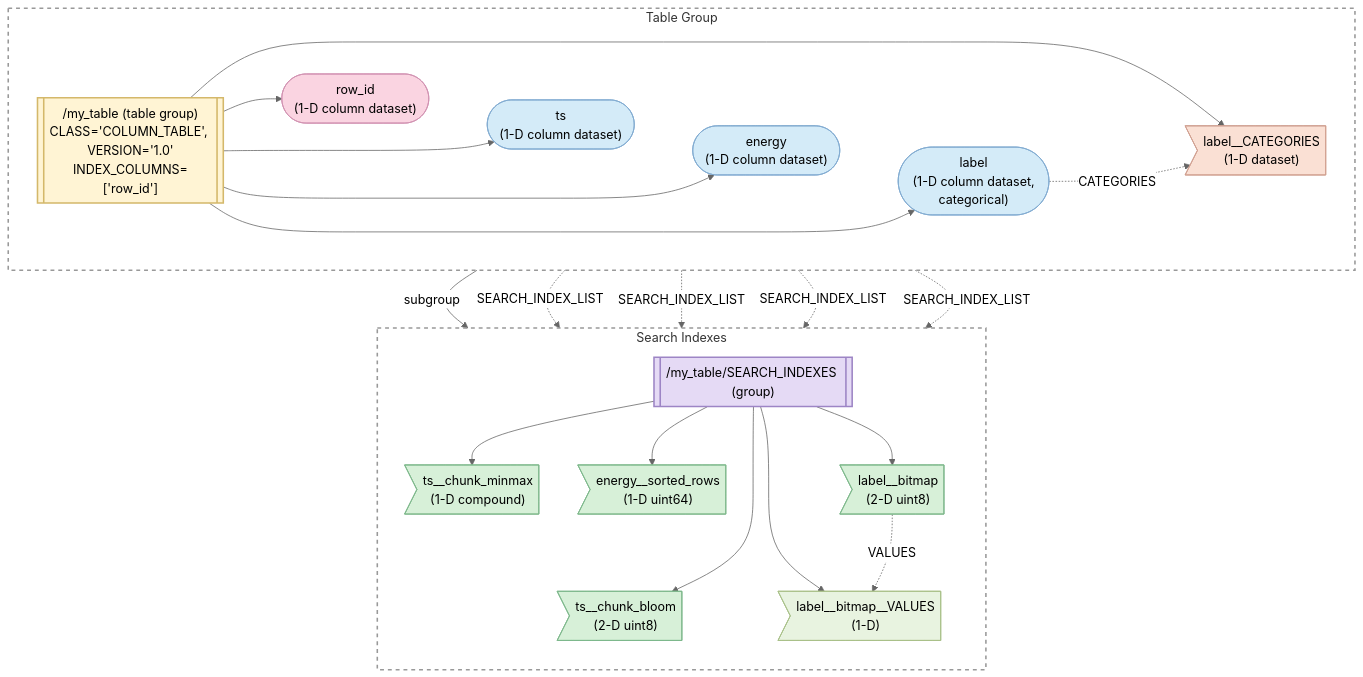
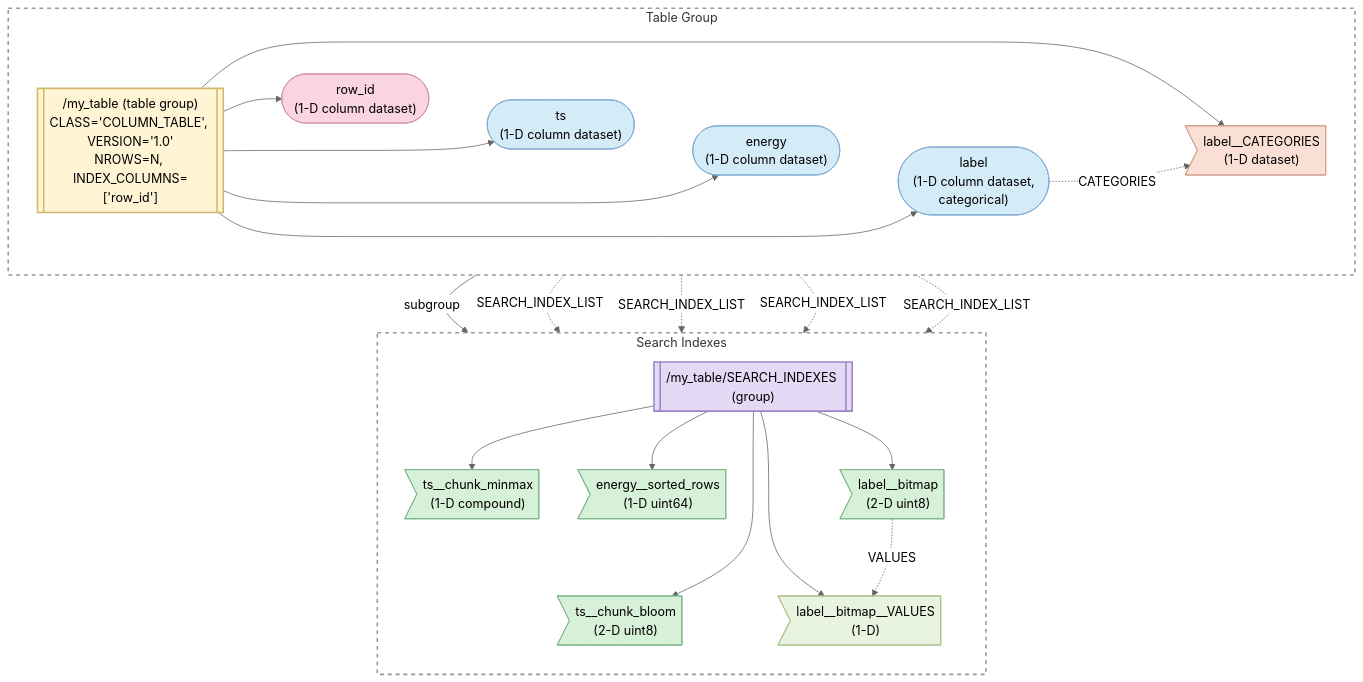
The second of 7 diagrams in HEP001/index.md (HDFAlliance/heps), drawn with Mermaid (neutral theme) before and after one commit. The commit also changed other lines of this file, not shown here.

Commit message:
NROWS table attribute

````diff
--- a/HEP001/index.md
+++ b/HEP001/index.md
@@ -251,71 +261,71 @@
 ```{mermaid}
 flowchart TD
   subgraph Table_Group [Table Group]
     direction LR
-    TG[["/my_table (table group)<br/>CLASS='COLUMN_TABLE', VERSION='1.0'<br/>INDEX_COLUMNS=['row_id']"]]
+    TG[["/my_table (table group)<br/>CLASS='COLUMN_TABLE', VERSION='1.0'<br/>NROWS=N, INDEX_COLUMNS=['row_id']"]]
 
     %% By connecting TG to these in order, and them to each other invisibly,
     %% we force a more structured layout.
     c0(["row_id<br/>(1-D column dataset)"])
     c1(["ts<br>(1-D column dataset)"])
     c2(["energy<br>(1-D column dataset)"])
     c3(["label<br>(1-D column dataset,<br/>categorical)"])
     c4>"label__CATEGORIES<br>(1-D dataset)"]
 
     c0 ~~~ c1 ~~~ c2 ~~~ c3
   end
 
   subgraph Search_Indexes [Search Indexes]
     direction TB
     SI[["/my_table/SEARCH_INDEXES (group)"]]
     mm>"ts__chunk_minmax<br>(1-D compound)"]
     bf>"ts__chunk_bloom<br>(2-D uint8)"]
     sr>"energy__sorted_rows<br>(1-D uint64)"]
     bm>"label__bitmap<br>(2-D uint8)"]
     bv>"label__bitmap__VALUES<br>(1-D)"]
 
     %% Forcing mm and bf to sit side-by-side under SI
     mm ~~~ bf
   end
 
   %% Solid Line Connections
   TG --> c0
   TG --> c1
   TG --> c2
   TG --> c3
   TG --> c4
   TG -->|"subgroup"| SI
 
   SI --> mm
   SI --> bf
   SI --> sr
   SI --> bm
   SI --> bv
 
   %% Dotted Line Connections
   c3 -.->|"CATEGORIES"| c4
   bm -.->|"VALUES"| bv
   c1 -.->|"SEARCH_INDEX_LIST"| mm
   c1 -.->|"SEARCH_INDEX_LIST"| bf
   c2 -.->|"SEARCH_INDEX_LIST"| sr
   c3 -.->|"SEARCH_INDEX_LIST"| bm
 
   %% Styling
   classDef tableGroup fill:#FFF4D4,stroke:#D4B86A,stroke-width:2px,color:#000
   classDef siGroup    fill:#E5DAF5,stroke:#9D85C5,stroke-width:2px,color:#000
   classDef dataCol    fill:#D4EBF8,stroke:#7FA9D0,stroke-width:1px,color:#000
   classDef indexCol   fill:#FAD4E1,stroke:#D08FB0,stroke-width:1px,color:#000
   classDef catData    fill:#FAE0D4,stroke:#D09F90,stroke-width:1px,color:#000
   classDef siData     fill:#D7F0D8,stroke:#7CB78A,stroke-width:1px,color:#000
   classDef siValues   fill:#E8F3E0,stroke:#A8C088,stroke-width:1px,color:#000
   style Table_Group fill:transparent,stroke:#999,stroke-width:2px,stroke-dasharray: 5 5
   style Search_Indexes fill:transparent,stroke:#999,stroke-width:2px,stroke-dasharray: 5 5
 
   class TG tableGroup
   class SI siGroup
   class c0 indexCol
   class c1,c2,c3 dataCol
   class c4 catData
   class mm,sr,bm,bf siData
   class bv siValues
 ```
````
